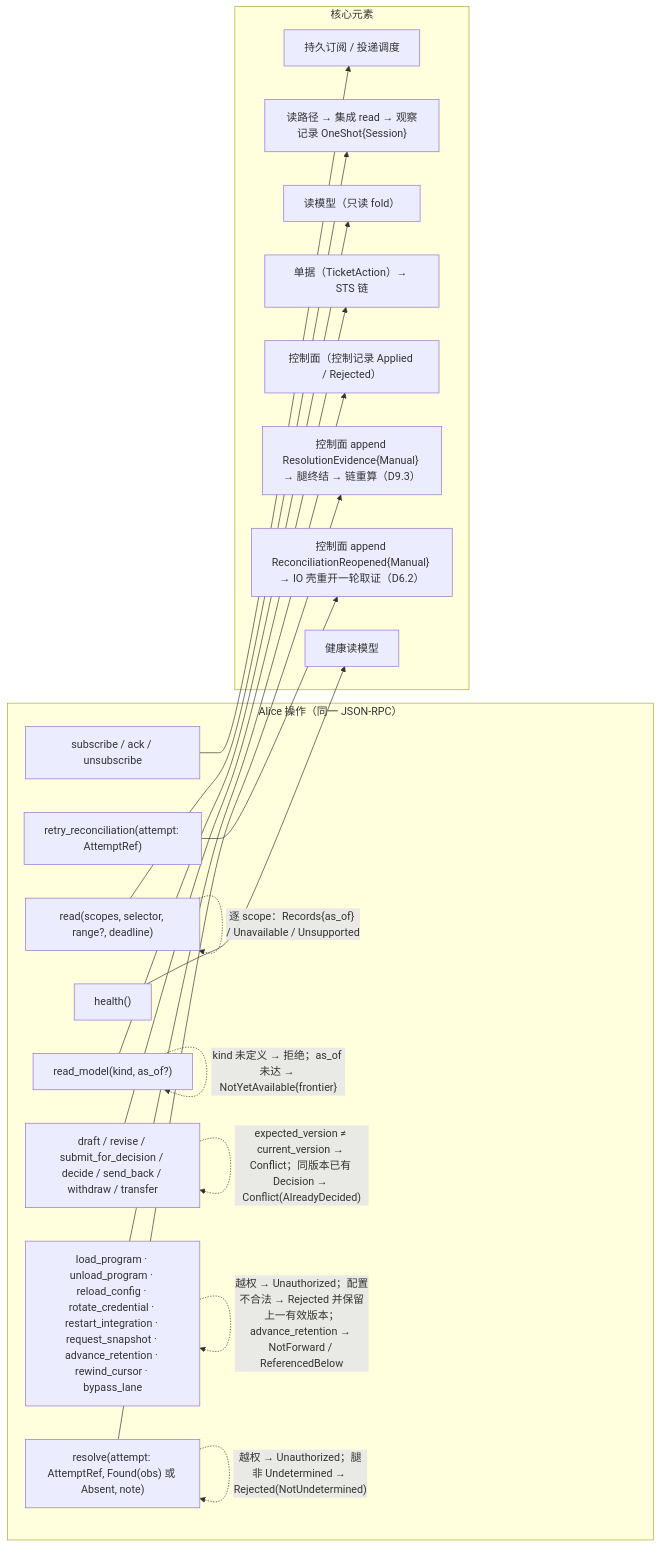
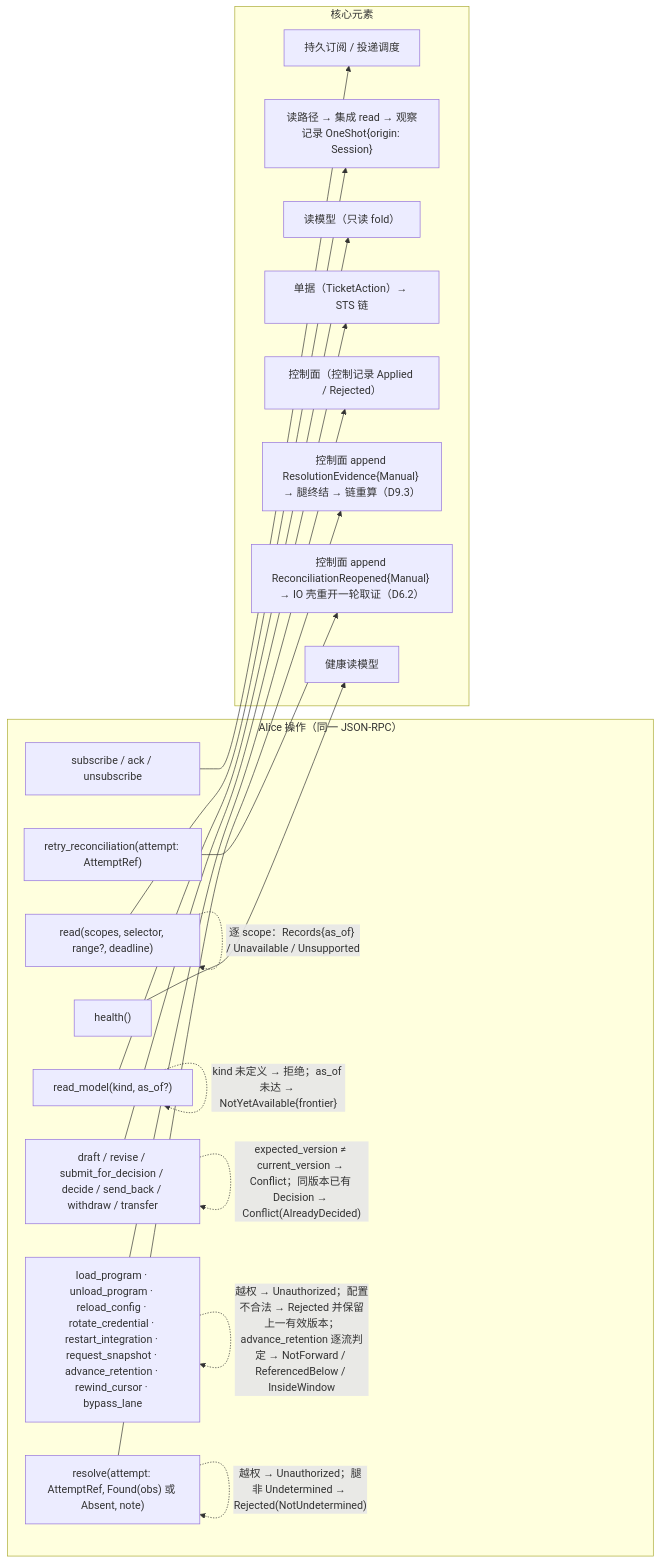
Before and after one commit to mouriya-s-lab/uta: the second of 4 diagrams in design/diagrams/09-alice-session.md, drawn with Mermaid. The commit also changed 6 other files, not shown here.

````diff
--- a/design/diagrams/09-alice-session.md
+++ b/design/diagrams/09-alice-session.md
@@ -45,36 +45,36 @@
 ```mermaid
 flowchart LR
   subgraph OPS["Alice 操作（同一 JSON-RPC）"]
     S1["subscribe / ack / unsubscribe"]
     S2["read(scopes, selector, range?, deadline)"]
     S3["read_model(kind, as_of?)"]
     S4["draft / revise / submit_for_decision / decide / send_back / withdraw / transfer"]
     S5["load_program · unload_program · reload_config · rotate_credential · restart_integration · request_snapshot · advance_retention · rewind_cursor · bypass_lane"]
     S6["resolve(attempt: AttemptRef, Found(obs) 或 Absent, note)"]
     S6b["retry_reconciliation(attempt: AttemptRef)"]
     S7["health()"]
   end
   subgraph EL["核心元素"]
     SUB["持久订阅 / 投递调度"]
-    RDP["读路径 → 集成 read → 观察记录 OneShot{Session}"]
+    RDP["读路径 → 集成 read → 观察记录 OneShot{origin: Session}"]
     RM["读模型（只读 fold）"]
     TK["单据（TicketAction）→ STS 链"]
     CTL["控制面（控制记录 Applied / Rejected）"]
     IOR["控制面 append ResolutionEvidence{Manual} → 腿终结 → 链重算（D9.3）"]
     RRO["控制面 append ReconciliationReopened{Manual} → IO 壳重开一轮取证（D6.2）"]
     HL["健康读模型"]
   end
   S1 --> SUB
   S2 --> RDP
   S3 --> RM
   S4 --> TK
   S5 --> CTL
   S6 --> IOR
   S6b --> RRO
   S7 --> HL
   S2 -.->|"逐 scope：Records{as_of} / Unavailable / Unsupported"| S2
   S3 -.->|"kind 未定义 → 拒绝；as_of 未达 → NotYetAvailable{frontier}"| S3
   S4 -.->|"expected_version ≠ current_version → Conflict；同版本已有 Decision → Conflict(AlreadyDecided)"| S4
-  S5 -.->|"越权 → Unauthorized；配置不合法 → Rejected 并保留上一有效版本；advance_retention → NotForward / ReferencedBelow"| S5
+  S5 -.->|"越权 → Unauthorized；配置不合法 → Rejected 并保留上一有效版本；advance_retention 逐流判定 → NotForward / ReferencedBelow / InsideWindow"| S5
   S6 -.->|"越权 → Unauthorized；腿非 Undetermined → Rejected(NotUndetermined)"| S6
 ```
````
